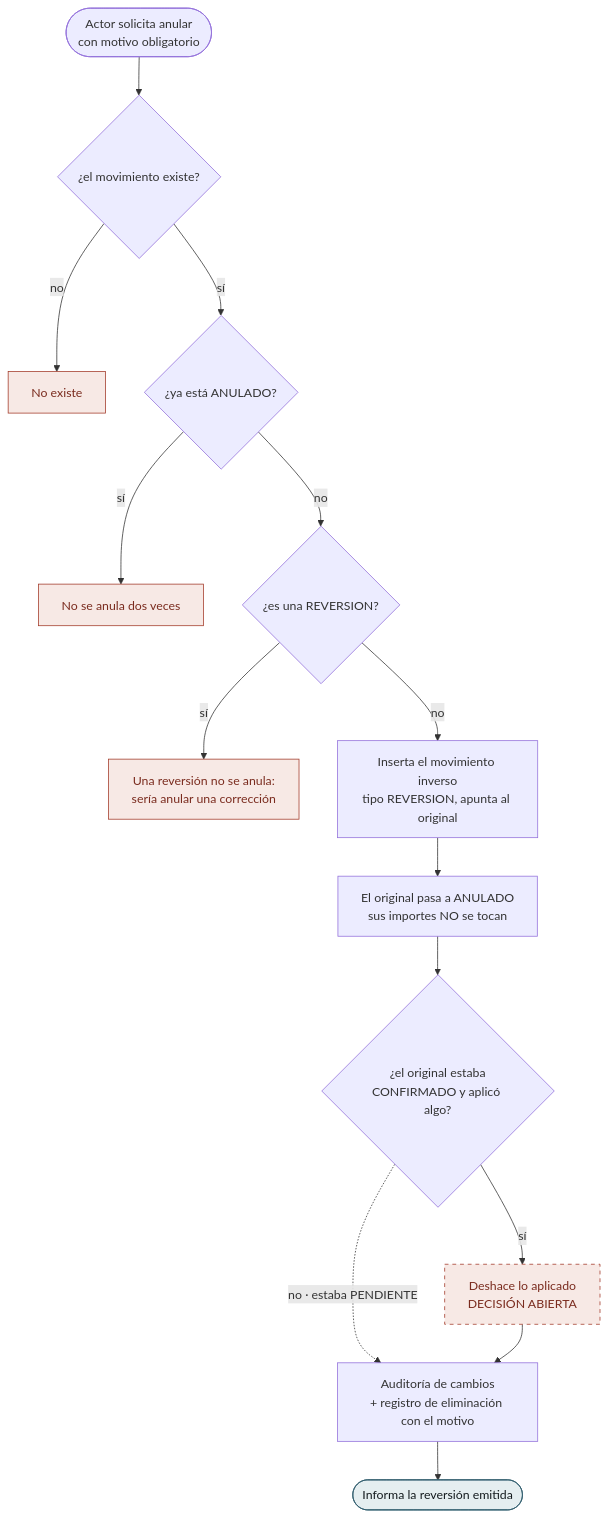
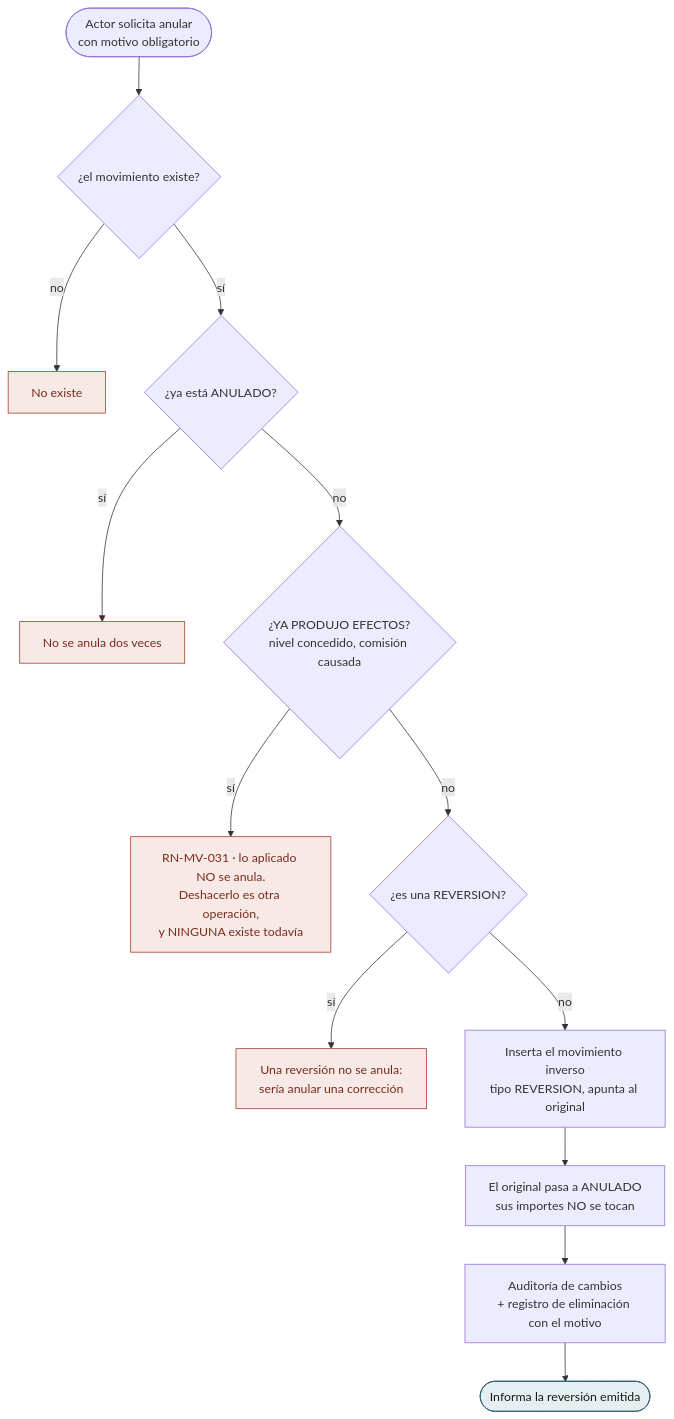
Before and after one commit to NexusPro-Dev/backend: the fourth of 11 diagrams in docs/flujos/mv/flujos-por-caso.md, drawn with Mermaid. The commit also changed other lines of this file and 2 other files, not shown here.

````diff
--- a/docs/flujos/mv/flujos-por-caso.md
+++ b/docs/flujos/mv/flujos-por-caso.md
@@ -159,24 +166,21 @@
 ```mermaid
 flowchart TD
     A(["Actor solicita anular<br/>con motivo obligatorio"])
     A --> V1{"¿el movimiento existe?"}
     V1 -->|no| E1["No existe"]
     V1 -->|sí| V2{"¿ya está ANULADO?"}
     V2 -->|sí| E2["No se anula dos veces"]
-    V2 -->|no| V3{"¿es una REVERSION?"}
-    V3 -->|sí| E3["Una reversión no se anula:<br/>sería anular una corrección"]
-    V3 -->|no| P1["Inserta el movimiento inverso<br/>tipo REVERSION, apunta al original"]
+    V2 -->|no| V3{"¿YA PRODUJO EFECTOS?<br/>nivel concedido, comisión causada"}
+    V3 -->|sí| E4["RN-MV-031 · lo aplicado NO se anula.<br/>Deshacerlo es otra operación,<br/>y NINGUNA existe todavía"]
+    V3 -->|no| V3b{"¿es una REVERSION?"}
+    V3b -->|sí| E3["Una reversión no se anula:<br/>sería anular una corrección"]
+    V3b -->|no| P1["Inserta el movimiento inverso<br/>tipo REVERSION, apunta al original"]
     P1 --> P2["El original pasa a ANULADO<br/>sus importes NO se tocan"]
-    P2 --> V4{"¿el original estaba<br/>CONFIRMADO y aplicó algo?"}
-    V4 -.->|"no · estaba PENDIENTE"| P4
-    V4 -->|sí| P3["Deshace lo aplicado<br/>DECISIÓN ABIERTA"]
-    P3 --> P4["Auditoría de cambios<br/>+ registro de eliminación con el motivo"]
+    P2 --> P4["Auditoría de cambios<br/>+ registro de eliminación con el motivo"]
     P4 --> FIN(["Informa la reversión emitida"])
 
     classDef ex fill:#F7E9E5,stroke:#A33B2A,color:#7A2B1E
     classDef ok fill:#E5EEF0,stroke:#2D5A6B,color:#141B1E
-    classDef abierto fill:#F7E9E5,stroke:#A33B2A,color:#7A2B1E,stroke-dasharray: 5 5
-    class E1,E2,E3 ex
+    class E1,E2,E3,E4 ex
     class FIN ok
-    class P3 abierto
 ```
````
